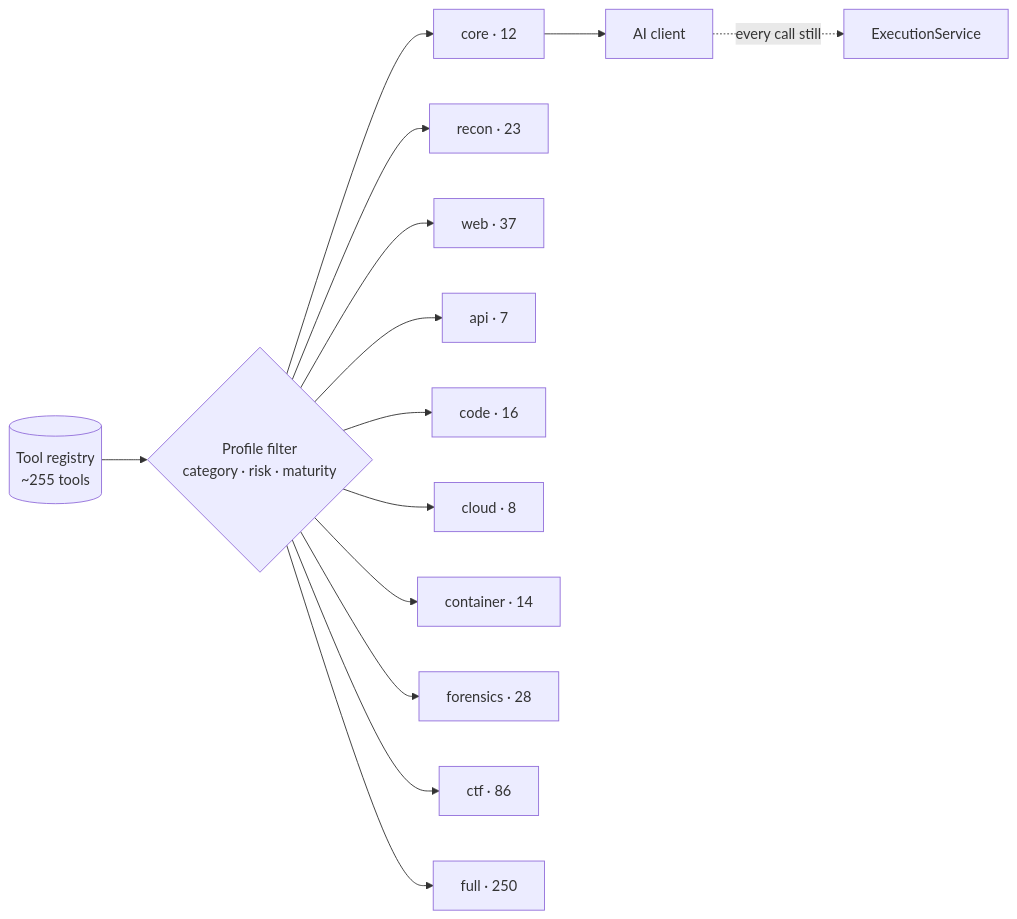
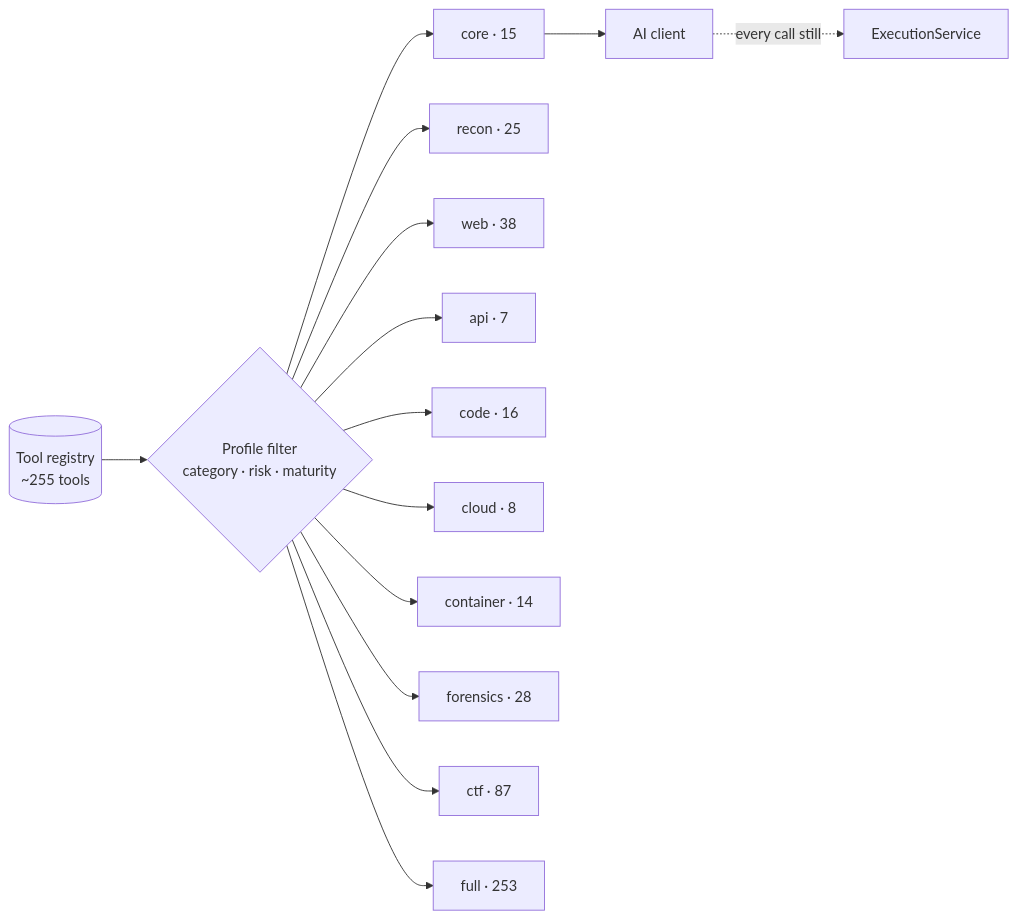
One commit to Arseno25/nexhunter changed the sixth of 6 diagrams in docs/architecture.md. Above: the diagram before and after it, drawn with Mermaid. The commit also changed other lines of this file and 6 other files, not shown here.

````diff
--- a/docs/architecture.md
+++ b/docs/architecture.md
@@ -196,17 +196,17 @@
 ```mermaid
 flowchart LR
     REG[(Tool registry<br/>~255 tools)] --> F{Profile filter<br/>category · risk · maturity}
-    F --> C[core · 12]
-    F --> RC[recon · 23]
-    F --> W[web · 37]
+    F --> C[core · 15]
+    F --> RC[recon · 25]
+    F --> W[web · 38]
     F --> AP[api · 7]
     F --> CD[code · 16]
     F --> CL[cloud · 8]
     F --> CT[container · 14]
     F --> FR[forensics · 28]
-    F --> CTF[ctf · 86]
-    F --> FU[full · 250]
+    F --> CTF[ctf · 87]
+    F --> FU[full · 253]
 
     C --> CLIENT[AI client]
     CLIENT -.->|every call still| SVC[ExecutionService]
 ```
````
